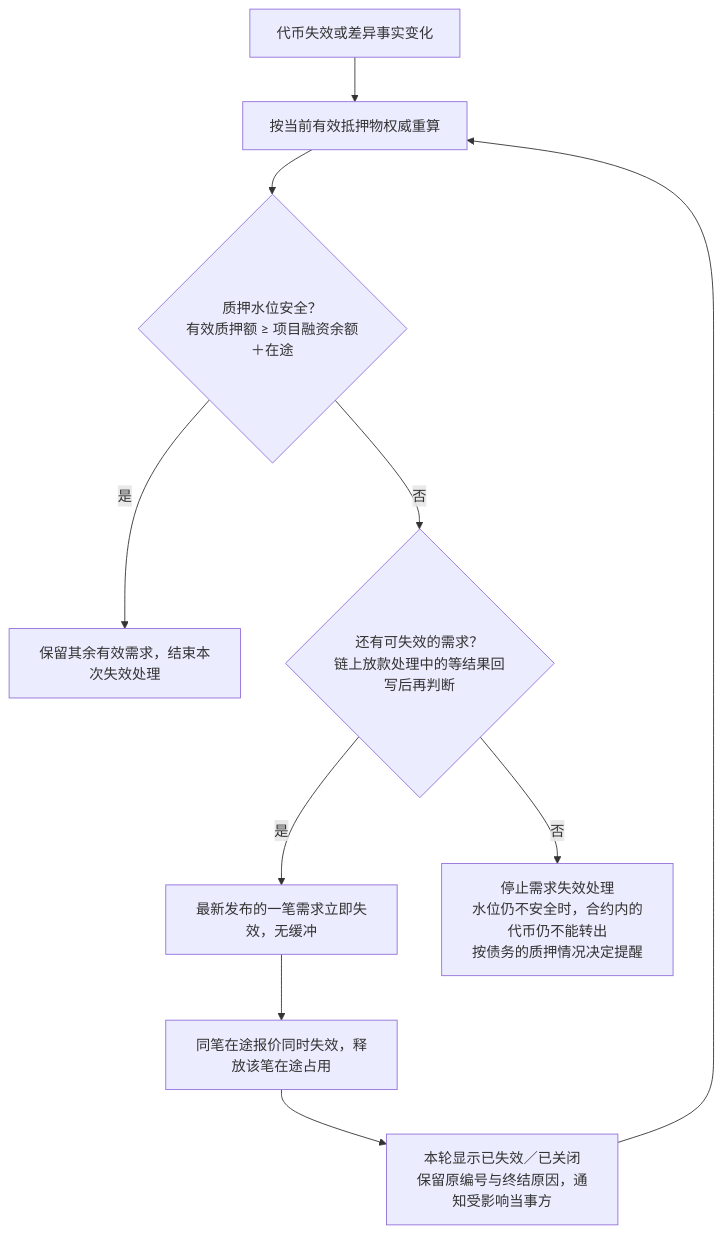
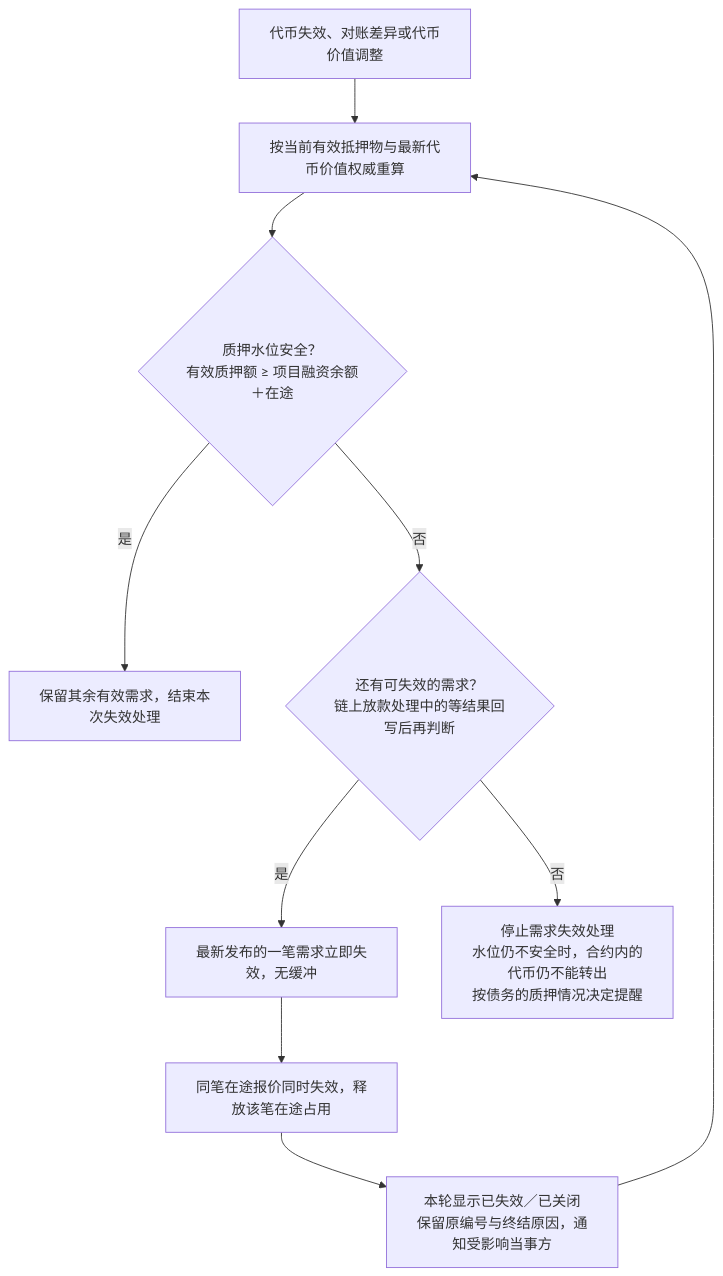
Before and after one commit to wxblockchain/Chain-Financing: the fourth of 11 diagrams in lending-platform/PRD/面客端/05-借贷广场-融资需求与代币质押/02-融资需求与代币质押-流程图与状态机.md, drawn with Mermaid. The commit also changed other lines of this file and 21 other files, not shown here.

````diff
--- a/lending-platform/PRD/面客端/05-借贷广场-融资需求与代币质押/02-融资需求与代币质押-流程图与状态机.md
+++ b/lending-platform/PRD/面客端/05-借贷广场-融资需求与代币质押/02-融资需求与代币质押-流程图与状态机.md
@@ -142,12 +143,12 @@
 ```mermaid
 flowchart TD
-  A["代币失效或差异事实变化"] --> B["按当前有效抵押物权威重算"]
+  A["代币失效、对账差异或代币价值调整"] --> B["按当前有效抵押物与最新代币价值权威重算"]
   B --> C{"质押水位安全？<br/>有效质押额 ≥ 项目融资余额＋在途"}
   C -- 是 --> D["保留其余有效需求，结束本次失效处理"]
   C -- 否 --> E{"还有可失效的需求？<br/>链上放款处理中的等结果回写后再判断"}
   E -- 是 --> F["最新发布的一笔需求立即失效，无缓冲"]
   F --> G["同笔在途报价同时失效，释放该笔在途占用"]
   G --> H["本轮显示已失效／已关闭<br/>保留原编号与终结原因，通知受影响当事方"]
   H --> B
   E -- 否 --> I["停止需求失效处理<br/>水位仍不安全时，合约内的代币仍不能转出<br/>按债务的质押情况决定提醒"]
 ```
````
